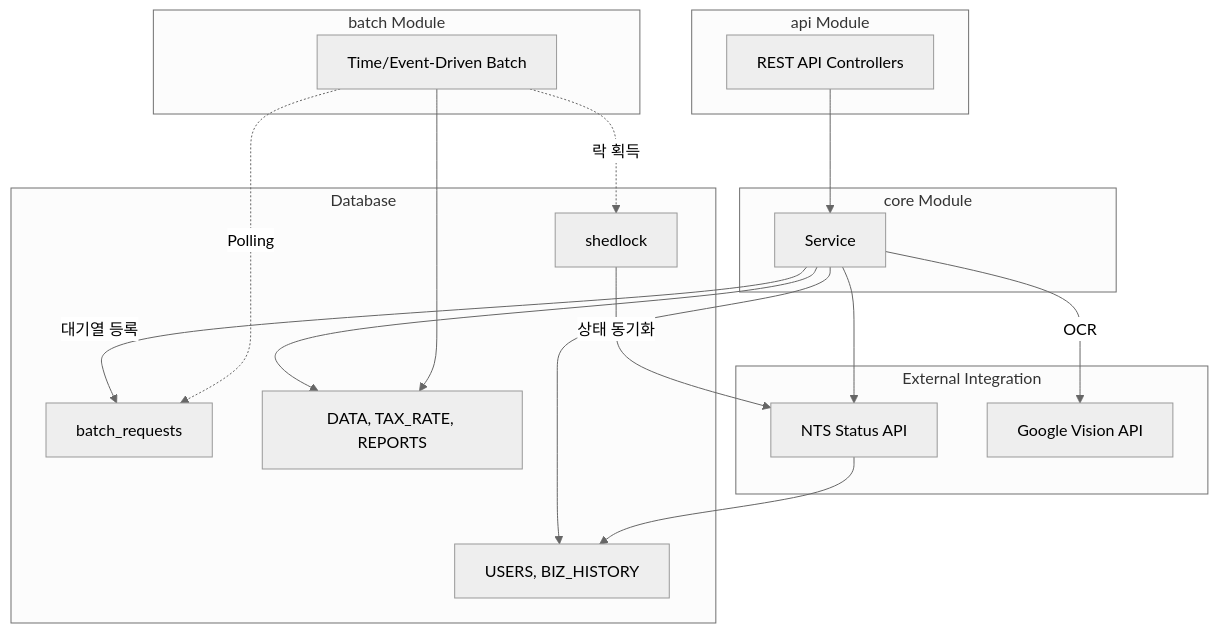
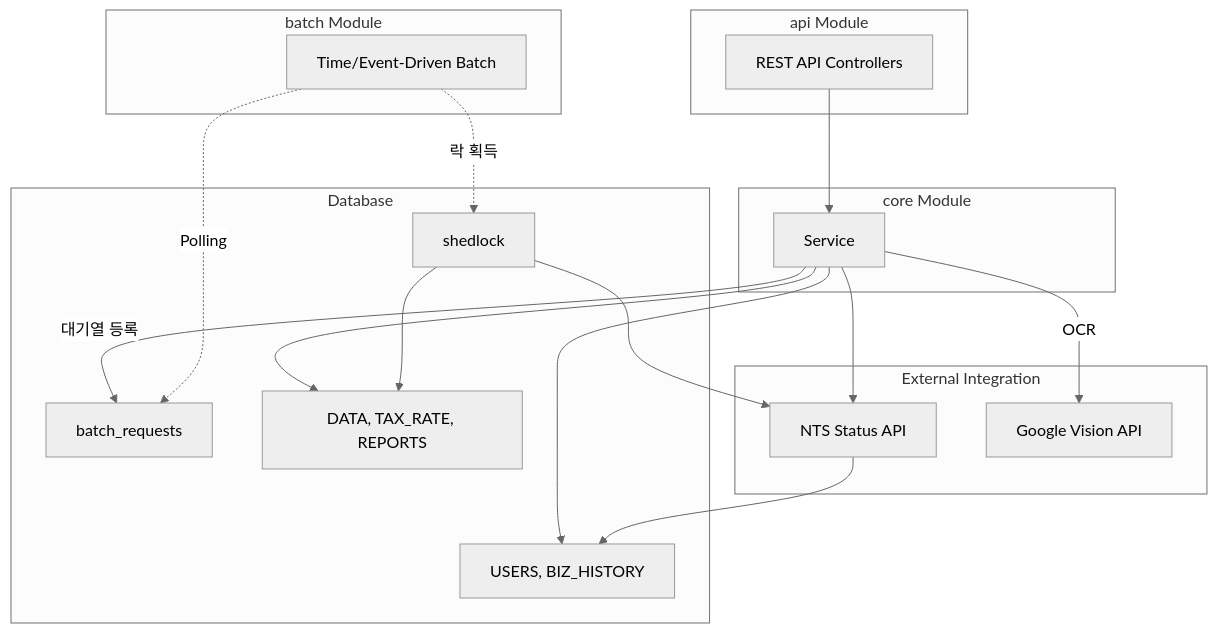
Before and after one commit to solkim7612/BizReport: the first of 2 diagrams in README.md, drawn with Mermaid (neutral theme).

Commit message:
correct readme3.6

````diff
--- a/README.md
+++ b/README.md
@@ -37,50 +37,48 @@
 ```mermaid
 graph TD
     %% 레이어별 배치
     subgraph EXT [External Integration]
         NTS[NTS Status API]
         GVA[Google Vision API]
     end
 
     subgraph API_L [api Module]
         API[REST API Controllers]
     end
 
     subgraph CORE_L [core Module]
         CORE[Service]
     end
 
     subgraph BATCH_L [batch Module]
         BATCH[Time/Event-Driven Batch]
     end
 
     subgraph DB [Database]
         REQ[batch_requests]
         SHED[shedlock]
         DATA[DATA, TAX_RATE, REPORTS]
         USR[USERS, BIZ_HISTORY]
     end
 
-    %% 흐름 연결
+    %% Api 모듈의 흐름
     API --> CORE
     
-    %% Core 모듈의 기능적 흐름
+    %% Core 모듈의 흐름
     CORE -->|OCR| GVA
     CORE --> NTS
     CORE -->|대기열 등록| REQ
     CORE --> DATA
     CORE --> USR
     
     %% Batch 모듈의 흐름
     BATCH -.->|Polling| REQ
     BATCH -.->|락 획득| SHED
-    SHED -->|상태 동기화| NTS
-    
-    %% 배치와 외부 연동/DB
+    SHED --> NTS
     NTS --> USR
-    BATCH --> DATA
+    SHED --> DATA
     
     class NTS,GVA ext;
     class API,CORE,BATCH mod;
     class REQ,SHED,DATA,USR db;
 ```
````
